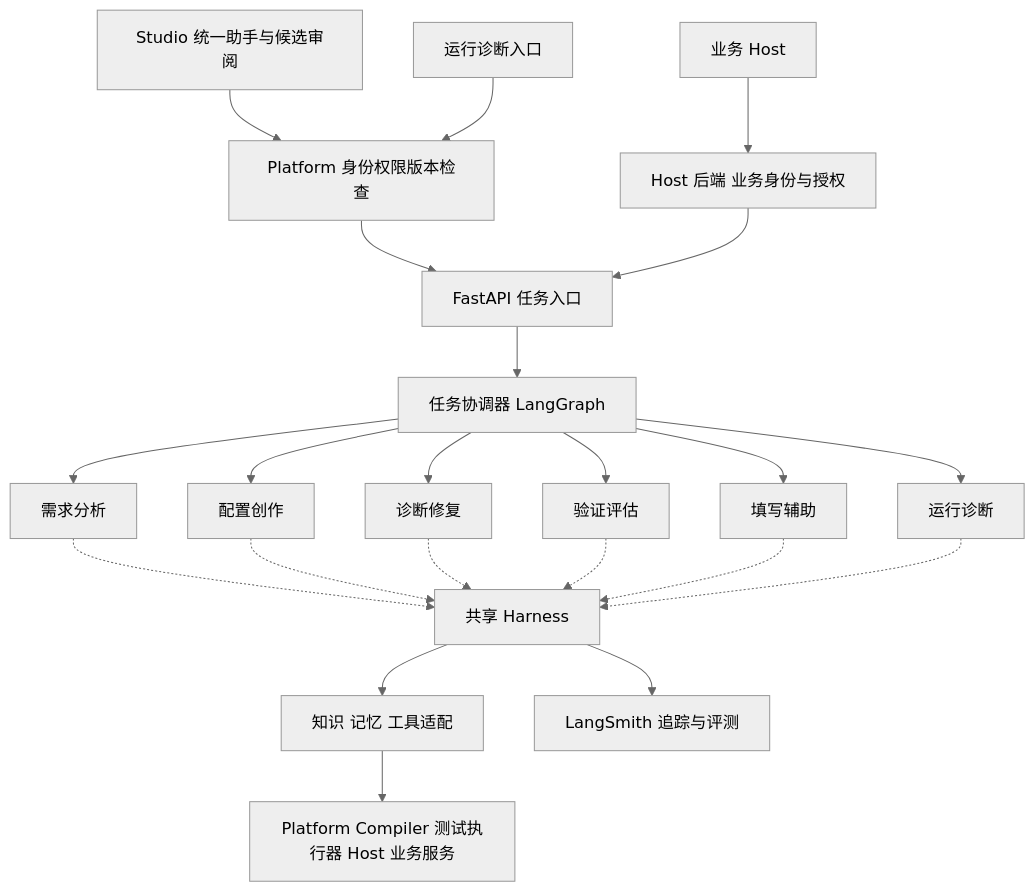
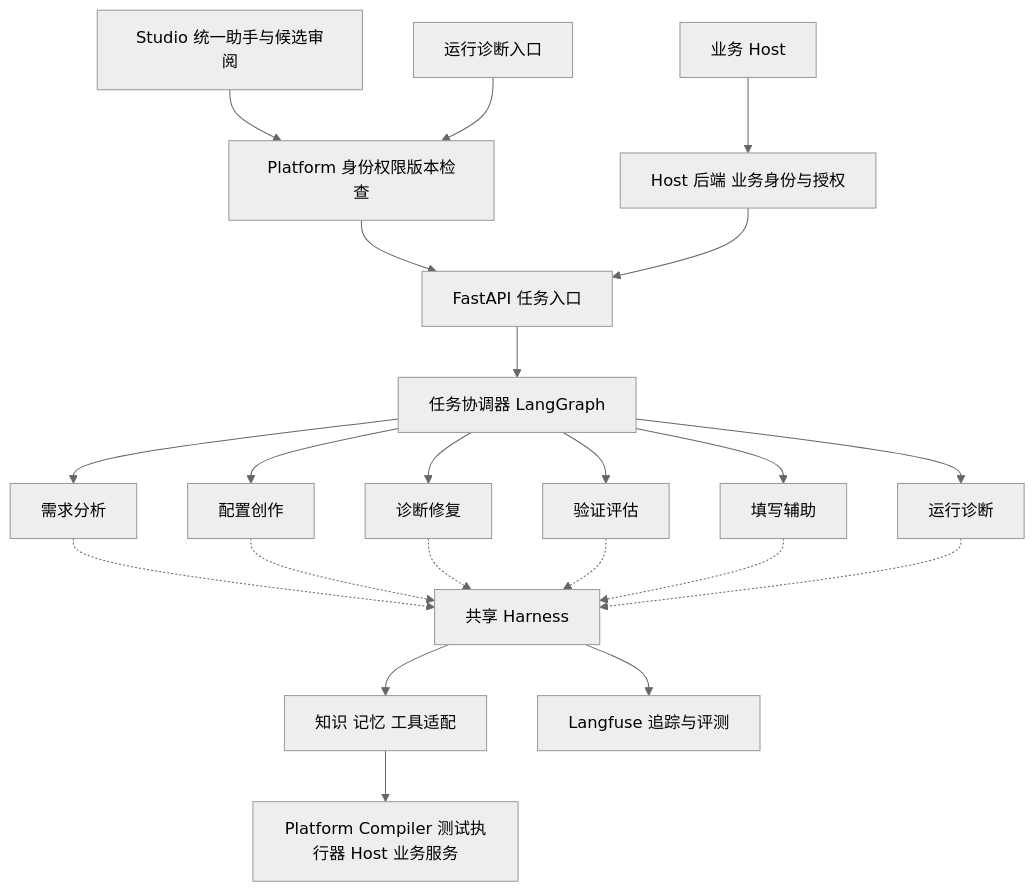
The third of 3 diagrams in docs/design/platform-studio.md (linshuohao/app-studio), drawn with Mermaid (neutral theme) before and after one commit. The commit also changed other lines of this file and 93 other files, not shown here.

````diff
--- a/docs/design/platform-studio.md
+++ b/docs/design/platform-studio.md
@@ -1544,24 +1544,24 @@
 ```mermaid
 flowchart TB
     Studio[Studio 统一助手与候选审阅] --> Platform[Platform 身份权限版本检查]
     Ops[运行诊断入口] --> Platform
     Host[业务 Host] --> HostAPI[Host 后端 业务身份与授权]
     Platform --> Entry[FastAPI 任务入口]
     HostAPI --> Entry
     Entry --> Coordinator[任务协调器 LangGraph]
     Coordinator --> Requirement[需求分析]
     Coordinator --> Author[配置创作]
     Coordinator --> Repair[诊断修复]
     Coordinator --> Verify[验证评估]
     Coordinator --> Fill[填写辅助]
     Coordinator --> Diagnose[运行诊断]
     Requirement -.-> Harness[共享 Harness]
     Author -.-> Harness
     Repair -.-> Harness
     Verify -.-> Harness
     Fill -.-> Harness
     Diagnose -.-> Harness
     Harness --> Resources[知识 记忆 工具适配]
     Resources --> Services[Platform Compiler 测试执行器 Host 业务服务]
-    Harness --> Observe[LangSmith 追踪与评测]
+    Harness --> Observe[Langfuse 追踪与评测]
 ```
````
